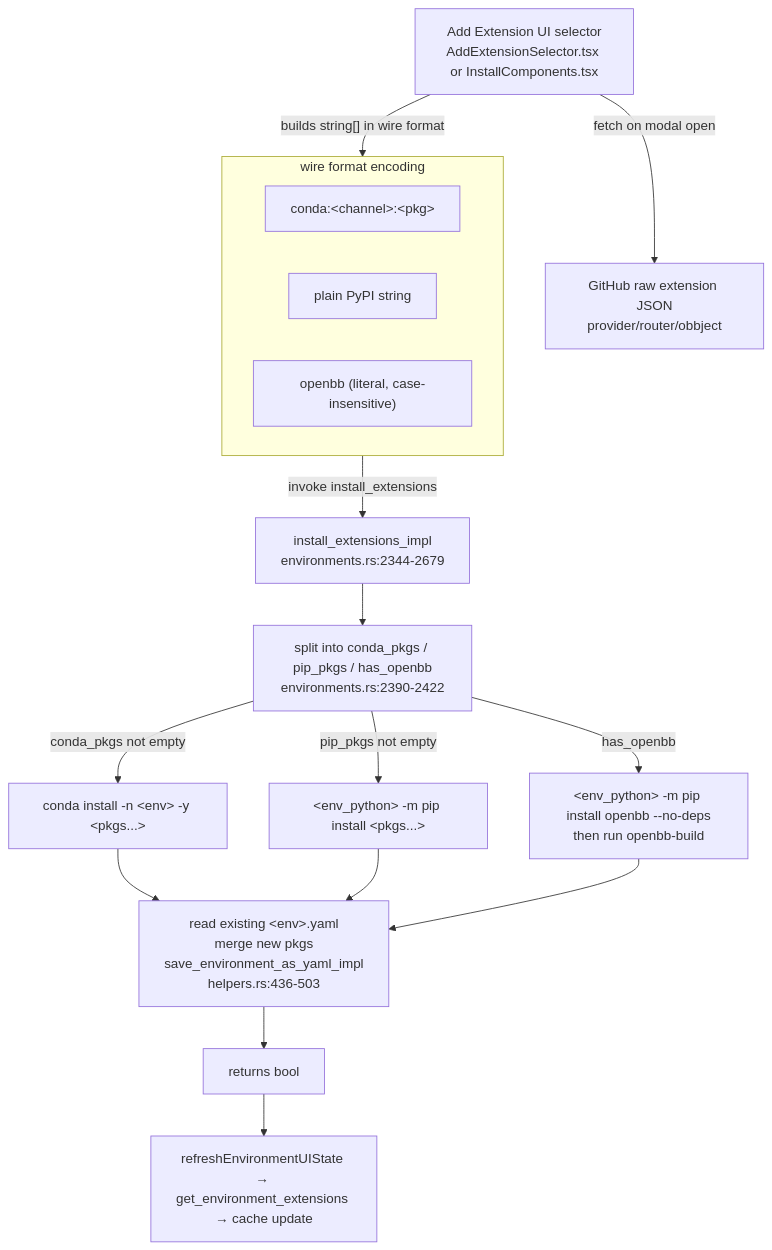
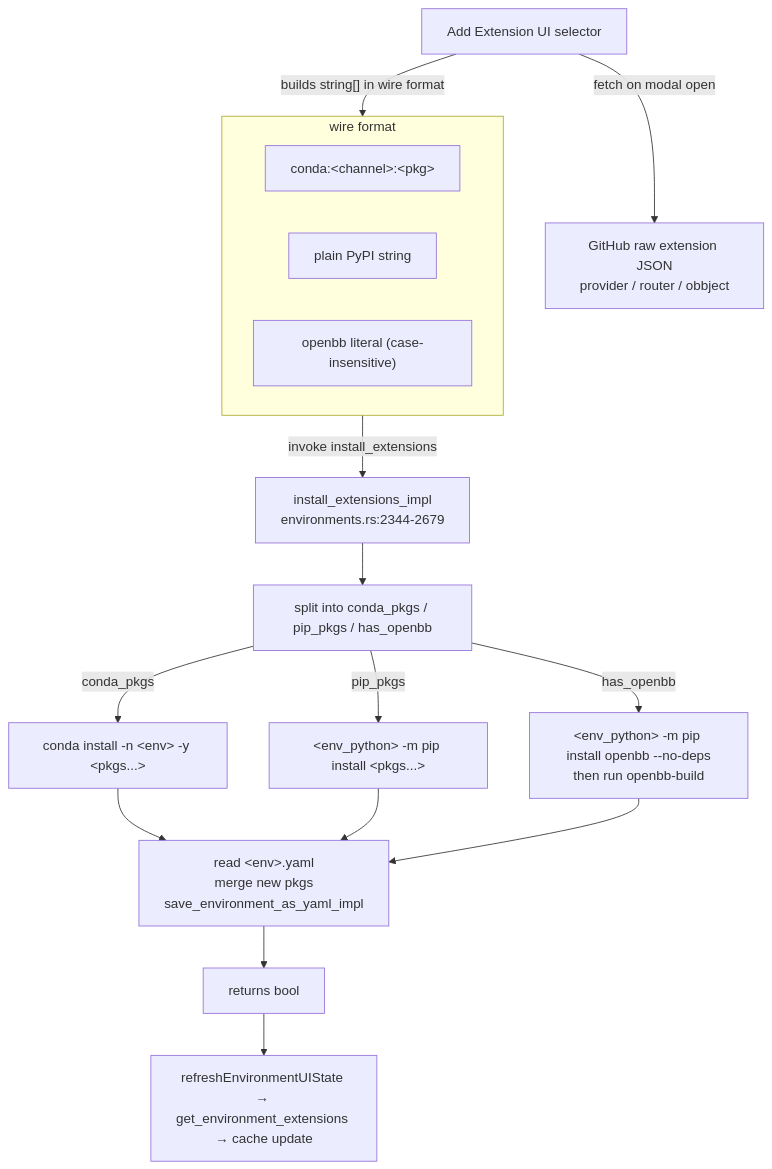
The diagram in docs/typescript-port/20-features/feature-extensions.md (basicallyrod/OpenBBPort), drawn with Mermaid before and after one commit. The commit also changed other lines of this file and 3 other files, not shown here.

````diff
--- a/docs/typescript-port/20-features/feature-extensions.md
+++ b/docs/typescript-port/20-features/feature-extensions.md
@@ -91,28 +73,28 @@
 ```mermaid
 flowchart TD
-  UI[Add Extension UI selector<br/>AddExtensionSelector.tsx or InstallComponents.tsx]
-  catalog[GitHub raw extension JSON<br/>provider/router/obbject]
+  UI[Add Extension UI selector]
+  catalog[GitHub raw extension JSON<br/>provider / router / obbject]
   UI -- fetch on modal open --> catalog
   UI -- builds string[] in wire format --> encode
 
-  subgraph encode[wire format encoding]
+  subgraph encode[wire format]
     A[conda:&lt;channel&gt;:&lt;pkg&gt;]
     B[plain PyPI string]
-    C["openbb (literal, case-insensitive)"]
+    C["openbb literal (case-insensitive)"]
   end
 
   encode -- invoke install_extensions --> handler[install_extensions_impl<br/>environments.rs:2344-2679]
 
-  handler --> split[split into conda_pkgs / pip_pkgs / has_openbb<br/>environments.rs:2390-2422]
+  handler --> split[split into conda_pkgs / pip_pkgs / has_openbb]
 
-  split -- conda_pkgs not empty --> condaCmd[conda install -n &lt;env&gt; -y &lt;pkgs...&gt;]
-  split -- pip_pkgs not empty --> pipCmd[&lt;env_python&gt; -m pip install &lt;pkgs...&gt;]
-  split -- has_openbb --> openbbCmd[&lt;env_python&gt; -m pip install openbb --no-deps<br/>then run openbb-build]
+  split -- conda_pkgs --> condaCmd[conda install -n &lt;env&gt; -y &lt;pkgs...&gt;]
+  split -- pip_pkgs --> pipCmd[&lt;env_python&gt; -m pip install &lt;pkgs...&gt;]
+  split -- has_openbb --> openbbCmd["&lt;env_python&gt; -m pip install openbb --no-deps<br/>then run openbb-build"]
 
-  condaCmd --> yaml[read existing &lt;env&gt;.yaml<br/>merge new pkgs<br/>save_environment_as_yaml_impl<br/>helpers.rs:436-503]
+  condaCmd --> yaml[read &lt;env&gt;.yaml<br/>merge new pkgs<br/>save_environment_as_yaml_impl]
   pipCmd --> yaml
   openbbCmd --> yaml
 
   yaml --> done[returns bool]
   done --> ui2[refreshEnvironmentUIState → get_environment_extensions → cache update]
 ```
````
